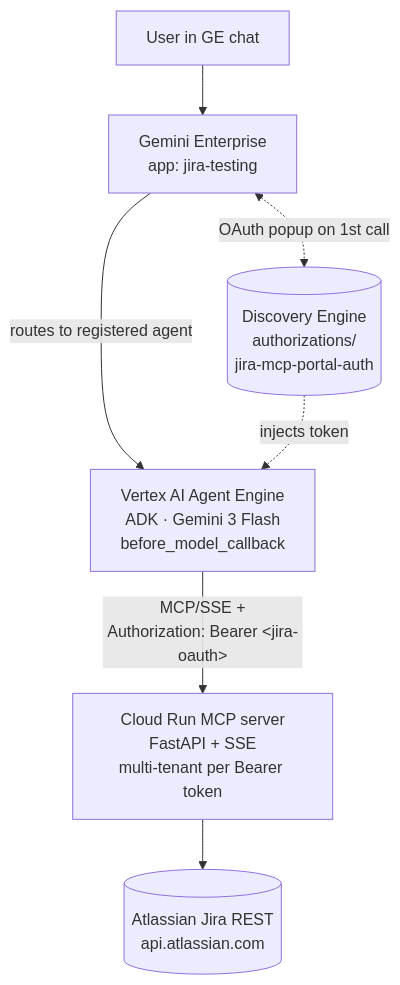
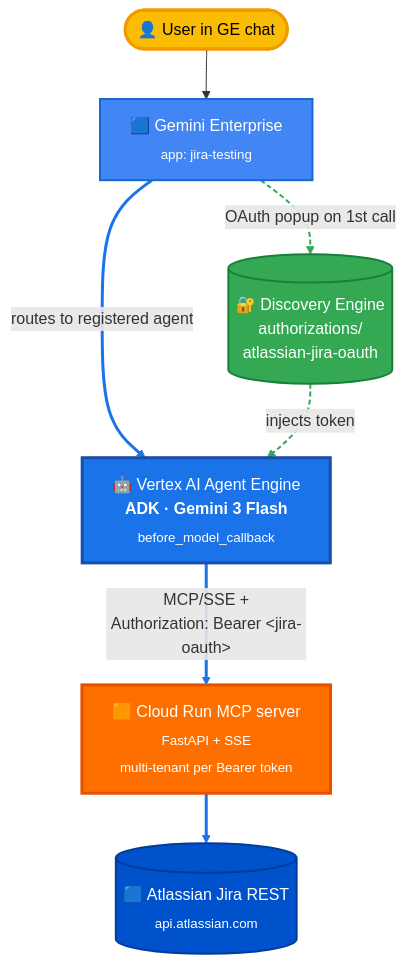
The diagram in semiautonomous-agents/atlassian-jira-integration/option-a-custom-mcp-portal/README.md (jchavezar/vertex-ai-samples), drawn with Mermaid before and after one commit. The commit also changed 5 other files, not shown here.

First line of the commit message:
docs(atlassian-jira-integration): vivid mermaid diagrams + interactive live-setup page

````diff
--- a/semiautonomous-agents/atlassian-jira-integration/option-a-custom-mcp-portal/README.md
+++ b/semiautonomous-agents/atlassian-jira-integration/option-a-custom-mcp-portal/README.md
@@ -11,16 +11,25 @@
 ```mermaid
 flowchart TB
-  user[User in GE chat]
-  ge[Gemini Enterprise<br/>app: jira-testing]
-  ae[Vertex AI Agent Engine<br/>ADK · Gemini 3 Flash<br/>before_model_callback]
-  cr[Cloud Run MCP server<br/>FastAPI + SSE<br/>multi-tenant per Bearer token]
-  jira[(Atlassian Jira REST<br/>api.atlassian.com)]
-  auth[(Discovery Engine<br/>authorizations/<br/>jira-mcp-portal-auth)]
+  user(["👤 User in GE chat"]):::user
+  ge["🟦 Gemini Enterprise<br/><sub>app: jira-testing</sub>"]:::ge
+  ae["🤖 Vertex AI Agent Engine<br/><b>ADK · Gemini 3 Flash</b><br/><sub>before_model_callback</sub>"]:::ae
+  cr["🟧 Cloud Run MCP server<br/><sub>FastAPI + SSE</sub><br/><sub>multi-tenant per Bearer token</sub>"]:::cr
+  jira[("🟦 Atlassian Jira REST<br/><sub>api.atlassian.com</sub>")]:::jira
+  auth[("🔐 Discovery Engine<br/>authorizations/<br/>atlassian-jira-oauth")]:::auth
 
   user --> ge
-  ge -->|routes to registered agent| ae
-  ge <-.->|OAuth popup on 1st call| auth
-  ae -->|MCP/SSE +<br/>Authorization: Bearer &lt;jira-oauth&gt;| cr
-  cr --> jira
-  auth -.injects token.-> ae
+  ge ==>|routes to registered agent| ae
+  ge -.->|OAuth popup on 1st call| auth
+  ae ==>|MCP/SSE +<br/>Authorization: Bearer &lt;jira-oauth&gt;| cr
+  cr ==> jira
+  auth -.->|injects token| ae
+
+  classDef user fill:#FBBC04,stroke:#F29900,stroke-width:3px,color:#000
+  classDef ge fill:#4285F4,stroke:#1967D2,stroke-width:2px,color:#fff
+  classDef ae fill:#1A73E8,stroke:#174EA6,stroke-width:3px,color:#fff
+  classDef cr fill:#FF6F00,stroke:#E65100,stroke-width:3px,color:#fff
+  classDef jira fill:#0052CC,stroke:#003D99,stroke-width:2px,color:#fff
+  classDef auth fill:#34A853,stroke:#188038,stroke-width:2px,color:#fff
+  linkStyle 1,3,4 stroke:#1A73E8,stroke-width:3px
+  linkStyle 2,5 stroke:#34A853,stroke-width:2px,stroke-dasharray:5 3
 ```
````
